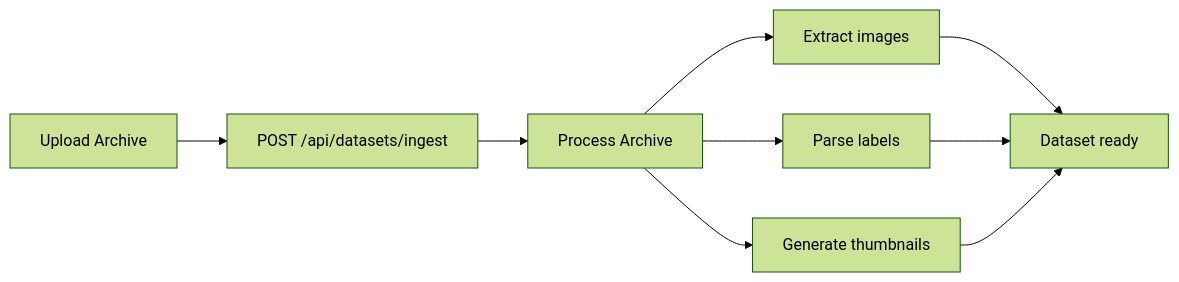
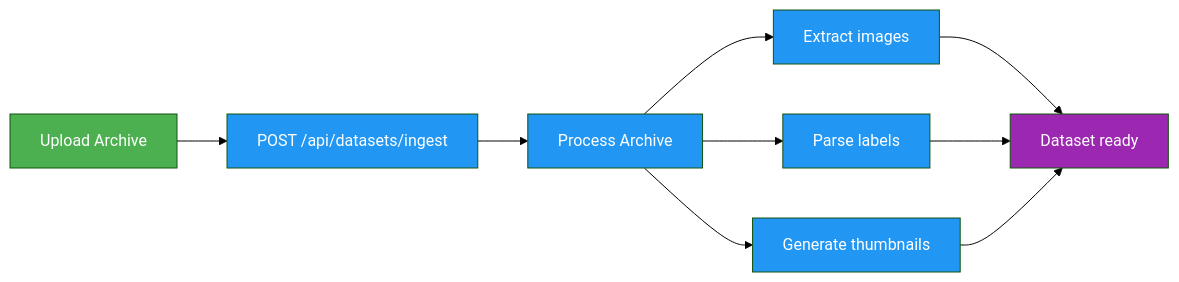
One commit to medusa717/AI-ULTRALYTICS changed the second of 4 diagrams in docs/en/platform/api/index.md. Above: the diagram before and after it, drawn with Mermaid (forest theme). The commit also changed other lines of this file and 18 other files, not shown here.

Commit message:
Standardize Mermaid diagram colors across docs (#24932)

````diff
--- a/docs/en/platform/api/index.md
+++ b/docs/en/platform/api/index.md
@@ -576,9 +579,13 @@
 ```mermaid
 graph LR
-    A[Upload Archive] --> B[POST /api/datasets/ingest]
-    B --> C[Process Archive]
-    C --> D[Extract images]
-    C --> E[Parse labels]
-    C --> F[Generate thumbnails]
-    D & E & F --> G[Dataset ready]
+    A[Upload Archive]:::start --> B[POST /api/datasets/ingest]:::proc
+    B --> C[Process Archive]:::proc
+    C --> D[Extract images]:::proc
+    C --> E[Parse labels]:::proc
+    C --> F[Generate thumbnails]:::proc
+    D & E & F --> G[Dataset ready]:::out
+
+    classDef start fill:#4CAF50,color:#fff
+    classDef proc fill:#2196F3,color:#fff
+    classDef out fill:#9C27B0,color:#fff
 ```
````
